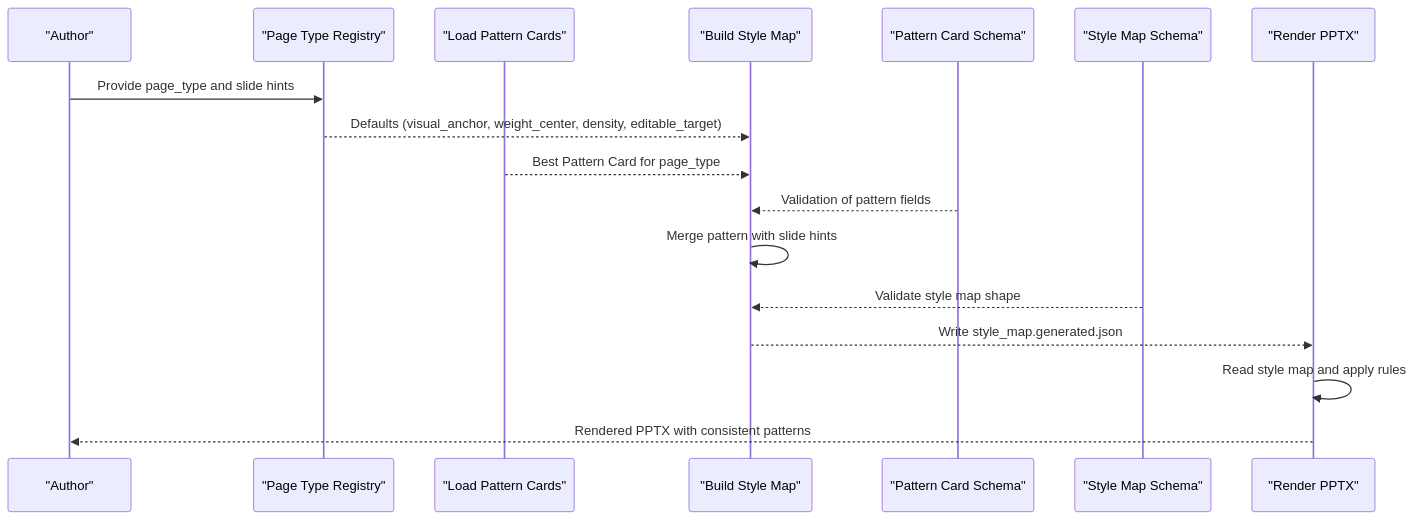
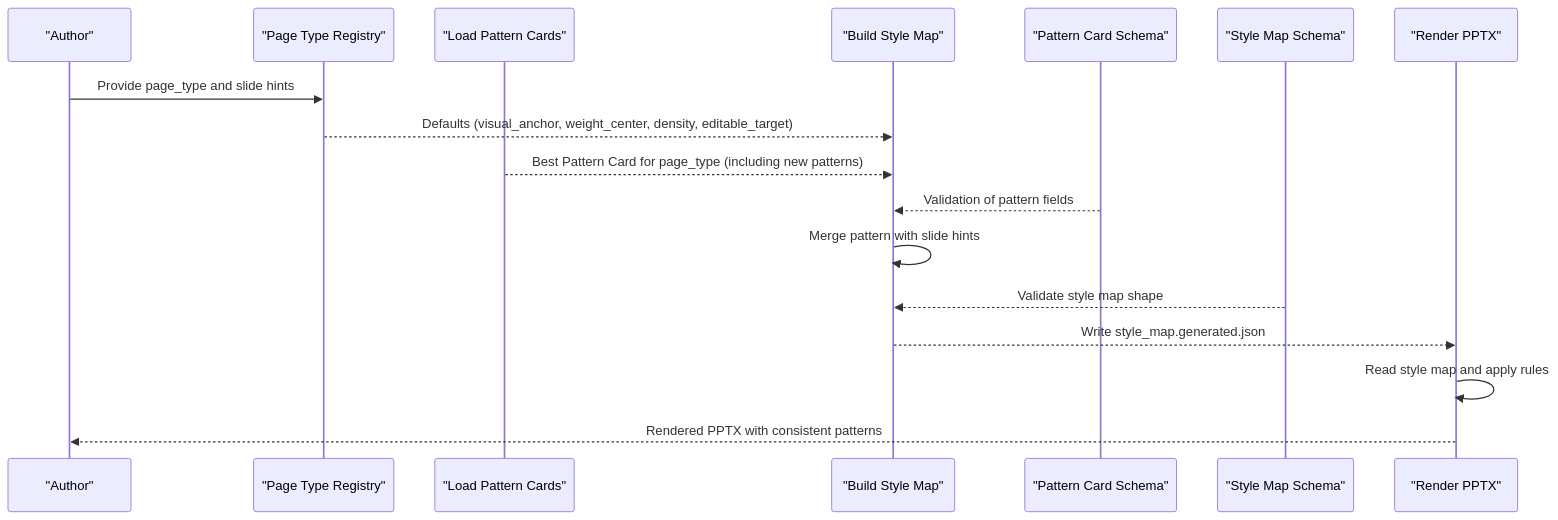
One commit to brantzh6/deepPPT changed the second of 5 diagrams in .qoder/repowiki/en/content/Style System/Pattern Cards.md. Above: the diagram before and after it, drawn with Mermaid. The commit also changed other lines of this file and 6 other files, not shown here.

Commit message:
Redesign layered_architecture_stack with modern control panel style

````diff
--- a/.qoder/repowiki/en/content/Style System/Pattern Cards.md
+++ b/.qoder/repowiki/en/content/Style System/Pattern Cards.md
@@ -124,19 +154,19 @@
 ```mermaid
 sequenceDiagram
 participant Author as "Author"
 participant Registry as "Page Type Registry"
 participant Loader as "Load Pattern Cards"
 participant Builder as "Build Style Map"
 participant Schema as "Pattern Card Schema"
 participant MapSchema as "Style Map Schema"
 participant Renderer as "Render PPTX"
 Author->>Registry : Provide page_type and slide hints
 Registry-->>Builder : Defaults (visual_anchor, weight_center, density, editable_target)
-Loader-->>Builder : Best Pattern Card for page_type
+Loader-->>Builder : Best Pattern Card for page_type (including new patterns)
 Schema-->>Builder : Validation of pattern fields
 Builder->>Builder : Merge pattern with slide hints
 MapSchema-->>Builder : Validate style map shape
 Builder-->>Renderer : Write style_map.generated.json
 Renderer->>Renderer : Read style map and apply rules
 Renderer-->>Author : Rendered PPTX with consistent patterns
 ```
````
